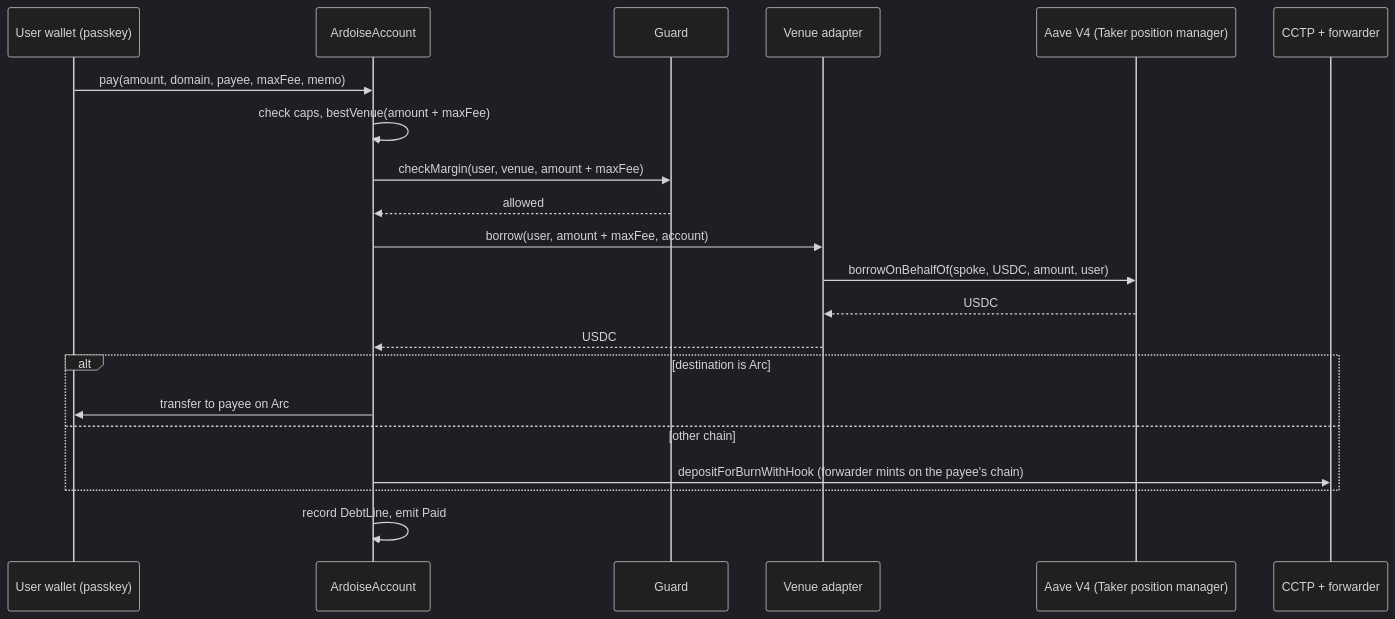
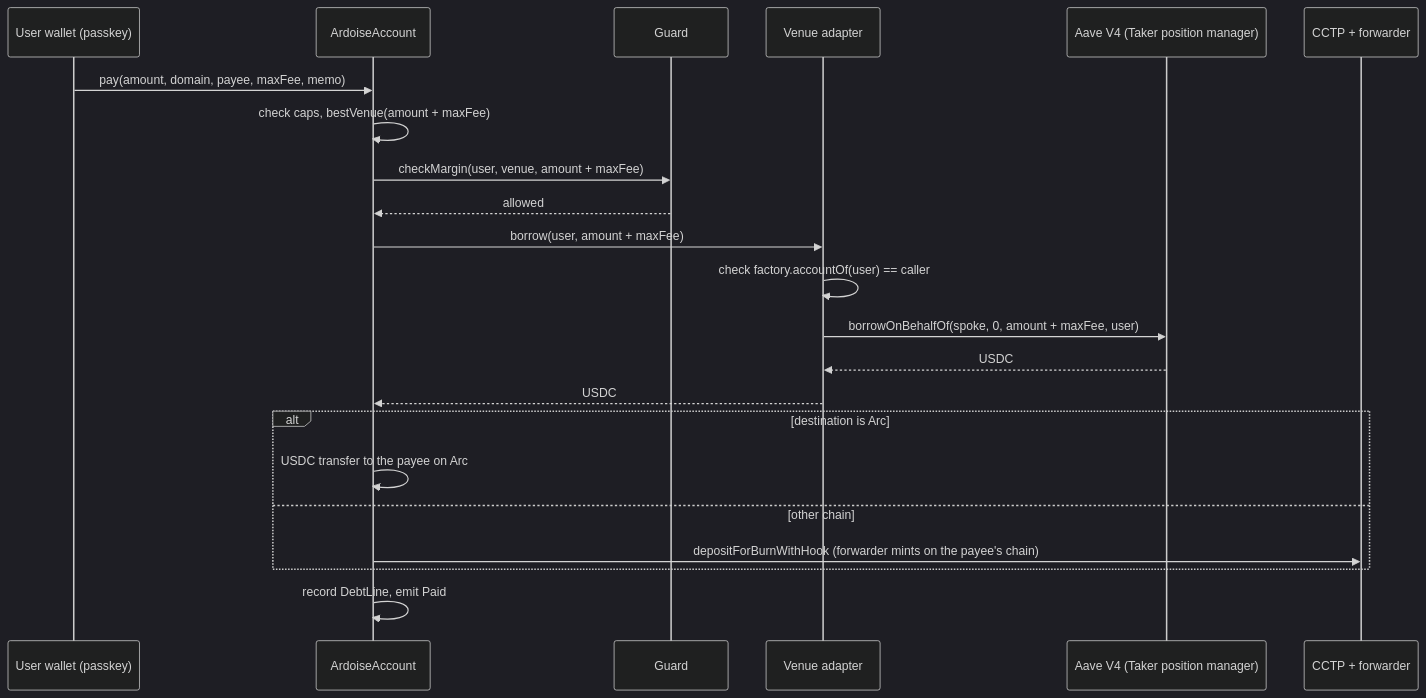
Before and after one commit to enzoblain/Ardoise: the diagram in docs/api.md, drawn with Mermaid (dark theme). The commit also changed other lines of this file and 5 other files, not shown here.

````diff
--- a/docs/api.md
+++ b/docs/api.md
@@ -30,23 +32,24 @@
 ```mermaid
 sequenceDiagram
     participant U as User wallet (passkey)
     participant A as ArdoiseAccount
     participant G as Guard
     participant V as Venue adapter
     participant L as Aave V4 (Taker position manager)
     participant C as CCTP + forwarder
     U->>A: pay(amount, domain, payee, maxFee, memo)
     A->>A: check caps, bestVenue(amount + maxFee)
     A->>G: checkMargin(user, venue, amount + maxFee)
     G-->>A: allowed
-    A->>V: borrow(user, amount + maxFee, account)
-    V->>L: borrowOnBehalfOf(spoke, USDC, amount, user)
+    A->>V: borrow(user, amount + maxFee)
+    V->>V: check factory.accountOf(user) == caller
+    V->>L: borrowOnBehalfOf(spoke, 0, amount + maxFee, user)
     L-->>V: USDC
     V-->>A: USDC
     alt destination is Arc
-        A->>U: transfer to payee on Arc
+        A->>A: USDC transfer to the payee on Arc
     else other chain
         A->>C: depositForBurnWithHook (forwarder mints on the payee's chain)
     end
     A->>A: record DebtLine, emit Paid
 ```
````
